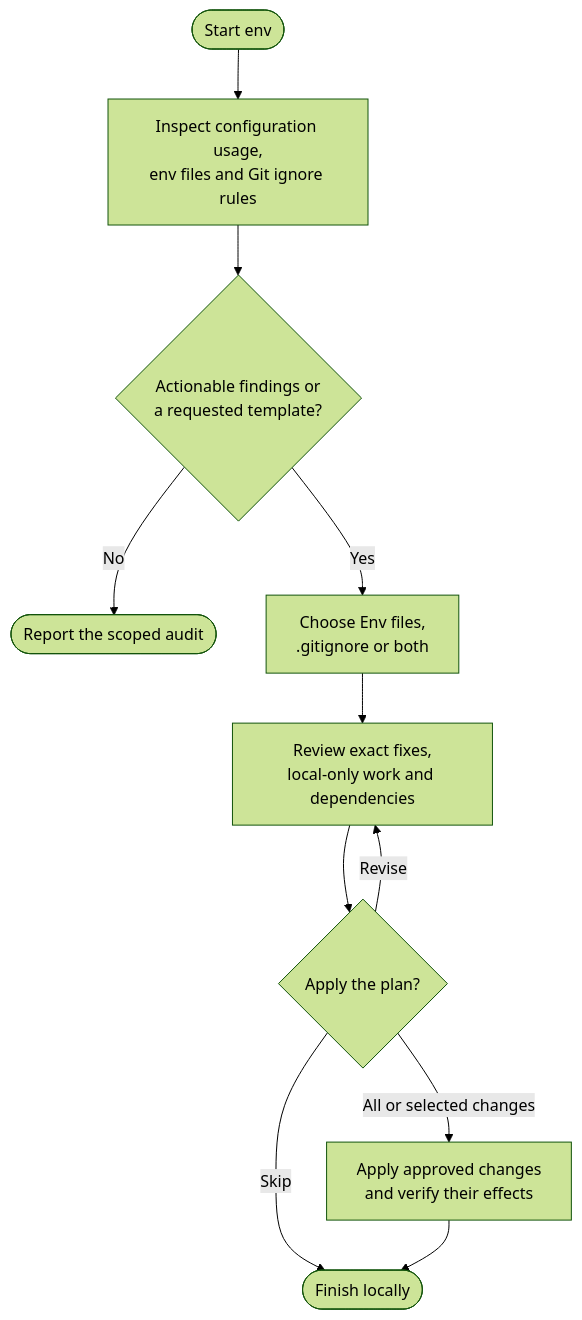
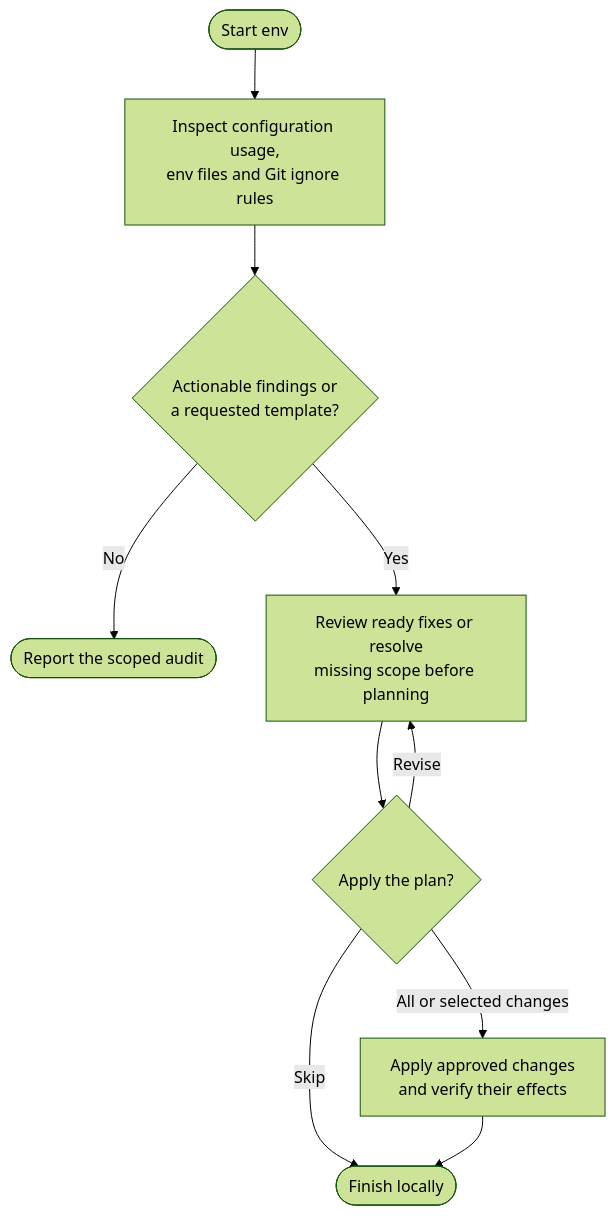
The diagram in docs/commands/env/detailed.md (myowinthein/agent-helm), drawn with Mermaid (forest theme) before and after one commit. The commit also changed other lines of this file and 37 other files, not shown here.

````diff
--- a/docs/commands/env/detailed.md
+++ b/docs/commands/env/detailed.md
@@ -22,13 +22,12 @@
 ```mermaid
 flowchart TD
   Start(["Start env"]) --> Audit["Inspect configuration usage,<br/>env files and Git ignore rules"]
   Audit --> Findings{"Actionable findings or<br/>a requested template?"}
   Findings -->|No| Report(["Report the scoped audit"])
-  Findings -->|Yes| Select["Choose Env files,<br/>.gitignore or both"]
-  Select --> Plan["Review exact fixes,<br/>local-only work and dependencies"]
+  Findings -->|Yes| Plan["Review ready fixes or resolve<br/>missing scope before planning"]
   Plan --> Choice{"Apply the plan?"}
   Choice -->|Revise| Plan
   Choice -->|Skip| Finish(["Finish locally"])
   Choice -->|All or selected changes| Apply["Apply approved changes<br/>and verify their effects"]
   Apply --> Finish
 ```
````
